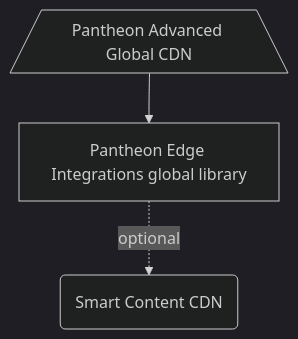
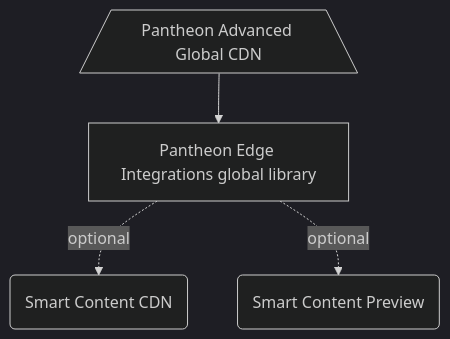
The diagram in README.md (pantheon-systems/edge-integrations-drupal-sdk), drawn with Mermaid (dark theme) before and after one commit. The commit also changed other lines of this file, not shown here.

Commit message:
Add smart content preview to readme

````diff
--- a/README.md
+++ b/README.md
@@ -13,5 +13,6 @@
 ```mermaid
 flowchart TB
 agcdn[/Pantheon Advanced Global CDN\]-->ei[Pantheon Edge Integrations global library]
 ei-. optional .->smart_content_cdn(Smart Content CDN)
+ei-. optional .->smart_content_preview(Smart Content Preview)
 ```
````
